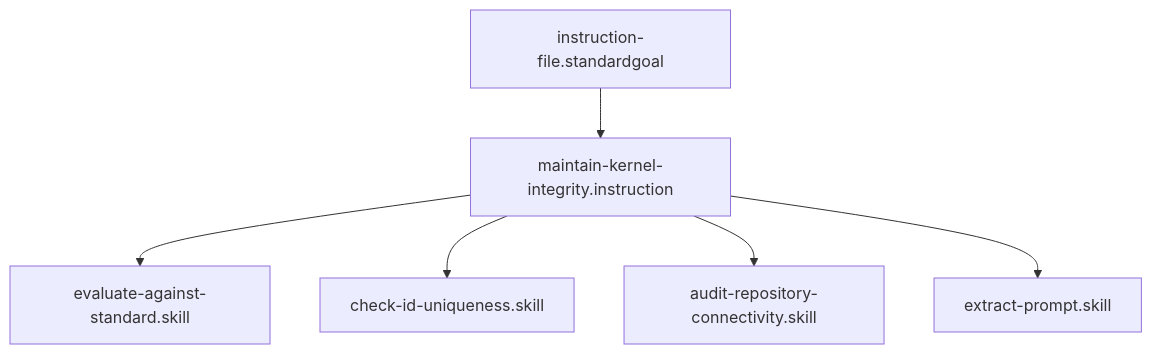
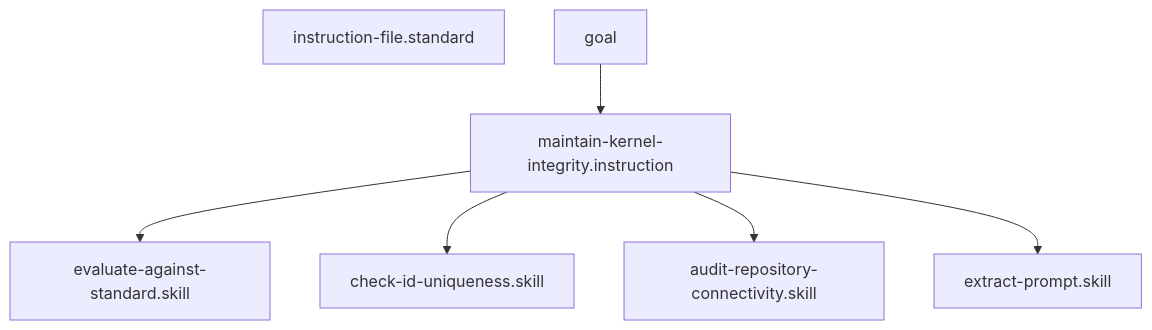
One commit to Gizmo4Life/ai-kernel changed the diagram in instructions/maintain-kernel-integrity.instruction.md. Above: the diagram before and after it, drawn with Mermaid. The commit also changed other lines of this file and 101 other files, not shown here.

````diff
--- a/instructions/maintain-kernel-integrity.instruction.md
+++ b/instructions/maintain-kernel-integrity.instruction.md
@@ -23,8 +23,9 @@
 ```mermaid
 graph TD
-    instruction-file.standardgoal --> maintain-kernel-integrity.instruction
+    instruction-file.standard
+goal --> maintain-kernel-integrity.instruction
     maintain-kernel-integrity.instruction --> evaluate-against-standard[evaluate-against-standard.skill]
     maintain-kernel-integrity.instruction --> check-id-uniqueness[check-id-uniqueness.skill]
     maintain-kernel-integrity.instruction --> audit-repository-connectivity[audit-repository-connectivity.skill]
     maintain-kernel-integrity.instruction --> extract-prompt[extract-prompt.skill]
 ```
````
